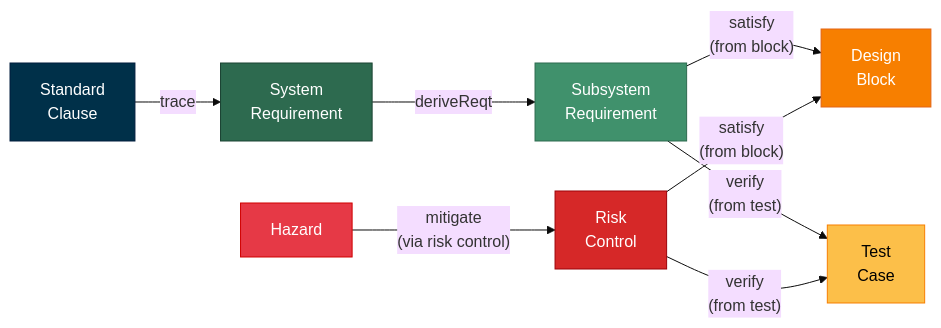
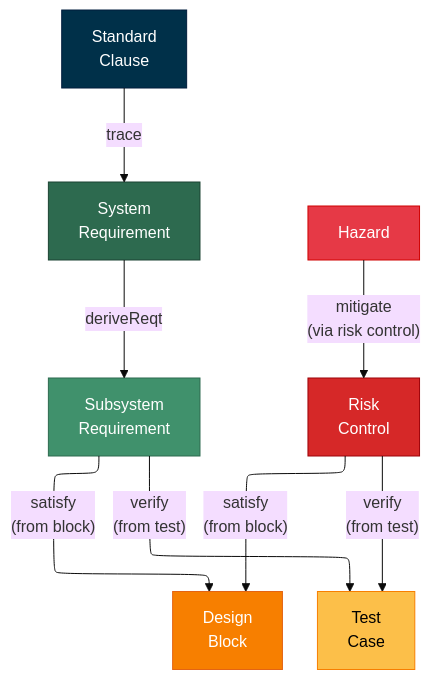
One commit to llaallii/cuddly-barnacle changed the eighth of 12 diagrams in 00 master outline mbse framework.md. Above: the diagram before and after it, drawn with Mermaid (base theme). The commit also changed other lines of this file, not shown here.

First line of the commit message:
Refactor mermaid diagrams for clarity and layout

````diff
--- a/00 master outline mbse framework.md
+++ b/00 master outline mbse framework.md
@@ -500,18 +492,22 @@
 ```mermaid
-graph LR
-    STD["Standard<br/>Clause"] -->|"trace"| REQ["System<br/>Requirement"]
-    REQ -->|"deriveReqt"| SUBREQ["Subsystem<br/>Requirement"]
-    SUBREQ -->|"satisfy<br/>(from block)"| BLOCK["Design<br/>Block"]
-    SUBREQ -->|"verify<br/>(from test)"| TEST["Test<br/>Case"]
-    HAZ["Hazard"] -->|"mitigate<br/>(via risk control)"| RC["Risk<br/>Control"]
-    RC -->|"satisfy<br/>(from block)"| BLOCK
-    RC -->|"verify<br/>(from test)"| TEST
+---
+config:
+  layout: elk
+---
+flowchart TB
+    STD["Standard<br>Clause"] -- trace --> REQ["System<br>Requirement"]
+    REQ -- deriveReqt --> SUBREQ["Subsystem<br>Requirement"]
+    SUBREQ -- satisfy<br>(from block) --> BLOCK["Design<br>Block"]
+    SUBREQ -- verify<br>(from test) --> TEST["Test<br>Case"]
+    HAZ["Hazard"] -- mitigate<br>(via risk control) --> RC["Risk<br>Control"]
+    RC -- satisfy<br>(from block) --> BLOCK
+    RC -- verify<br>(from test) --> TEST
 
     style STD fill:#003049,stroke:#001d3d,color:#fff
     style REQ fill:#2d6a4f,stroke:#1b4332,color:#fff
     style SUBREQ fill:#40916c,stroke:#2d6a4f,color:#fff
     style BLOCK fill:#f77f00,stroke:#e36414,color:#fff
     style TEST fill:#fcbf49,stroke:#f77f00,color:#000
     style HAZ fill:#e63946,stroke:#d00000,color:#fff
     style RC fill:#d62828,stroke:#9d0208,color:#fff
 ```
````
